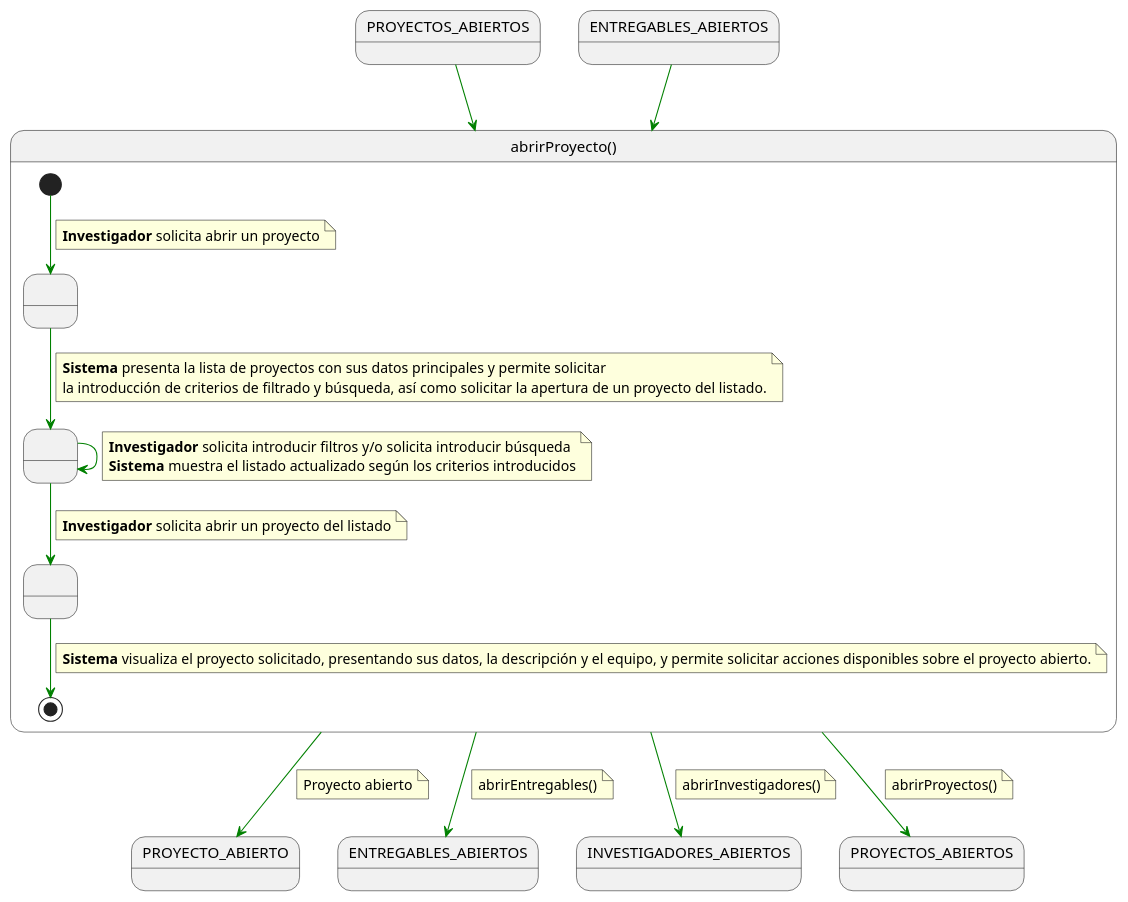
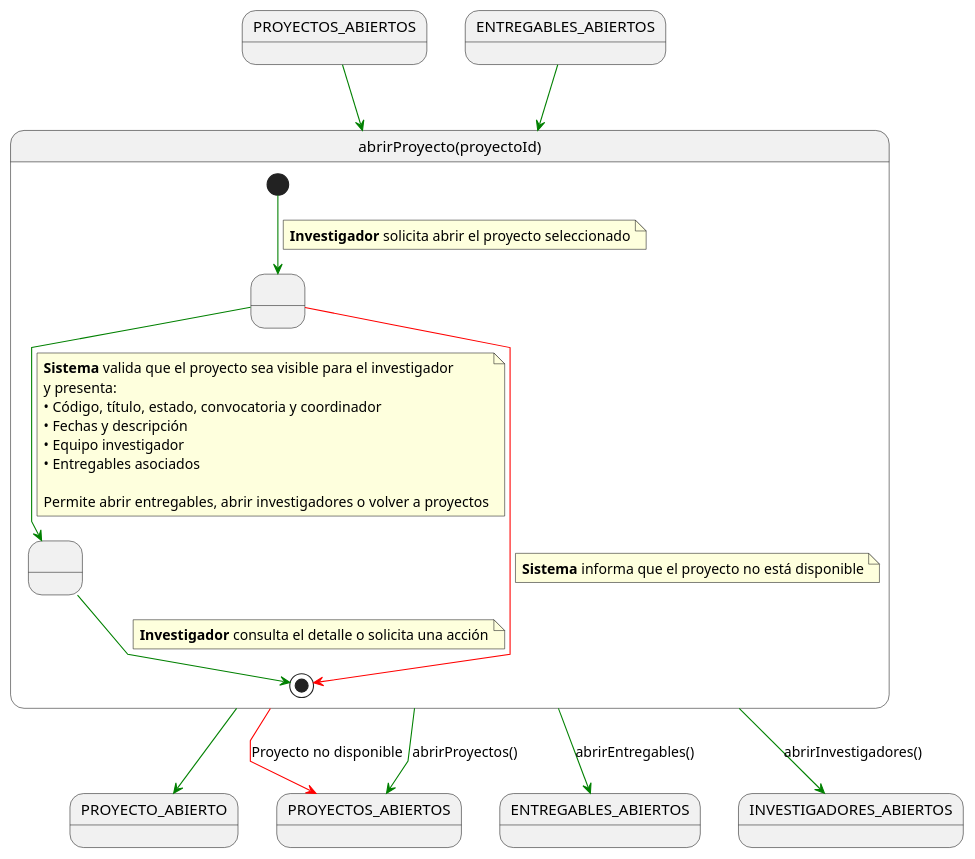
One commit to beatriizorozco/25-26-idsw2-sdVC changed the diagram in RUP/00-casos-uso/02-detalle/investigador/abrirProyecto/especificacion.puml. Above: the diagram before and after it, drawn with PlantUML. The commit also changed 38 other files, not shown here.

First line of the commit message:
docs(proyectos): completar detalle funcional del bloque 5

```diff
--- a/RUP/00-casos-uso/02-detalle/investigador/abrirProyecto/especificacion.puml
+++ b/RUP/00-casos-uso/02-detalle/investigador/abrirProyecto/especificacion.puml
@@ -1,65 +1,47 @@
 @startuml abrirProyecto
 skinparam linetype polyline
 
-state in1 as "PROYECTOS_ABIERTOS"
-in1 -[#green]-> abrirProyecto
+state proyectos as "PROYECTOS_ABIERTOS"
+state entregables as "ENTREGABLES_ABIERTOS"
+proyectos -[#green]-> abrirProyecto
+entregables -[#green]-> abrirProyecto
 
-state in2 as "ENTREGABLES_ABIERTOS"
-in2 -[#green]-> abrirProyecto
+state abrirProyecto as "abrirProyecto(proyectoId)" {
+    state " " as ValidandoParticipacion
+    state " " as PresentandoProyecto
 
-
-state abrirProyecto as "abrirProyecto()" {
-
-    state " " as MostrandoListaProyectos
-    state " " as FiltrandoBuscando
-    state " " as SolicitandoProyecto
-
-    [*] -[#green]-> MostrandoListaProyectos
+    [*] -[#green]-> ValidandoParticipacion
     note on link
-    <b>Investigador</b> solicita abrir un proyecto
+    <b>Investigador</b> solicita abrir el proyecto seleccionado
     end note
 
-    MostrandoListaProyectos -[#green]-> FiltrandoBuscando
+    ValidandoParticipacion -[#green]-> PresentandoProyecto
     note on link
-    <b>Sistema</b> presenta la lista de proyectos con sus datos principales y permite solicitar
-    la introducción de criterios de filtrado y búsqueda, así como solicitar la apertura de un proyecto del listado.
+    <b>Sistema</b> valida que el proyecto sea visible para el investigador
+    y presenta:
+    • Código, título, estado, convocatoria y coordinador
+    • Fechas y descripción
+    • Equipo investigador
+    • Entregables asociados
+
+    Permite abrir entregables, abrir investigadores o volver a proyectos
     end note
 
-    FiltrandoBuscando -[#green]-> FiltrandoBuscando
+    ValidandoParticipacion -[#red]-> [*]
     note on link
-    <b>Investigador</b> solicita introducir filtros y/o solicita introducir búsqueda
-    <b>Sistema</b> muestra el listado actualizado según los criterios introducidos
+    <b>Sistema</b> informa que el proyecto no está disponible
     end note
 
-    FiltrandoBuscando -[#green]-> SolicitandoProyecto
+    PresentandoProyecto -[#green]-> [*]
     note on link
-    <b>Investigador</b> solicita abrir un proyecto del listado
-    end note
-
-    SolicitandoProyecto -[#green]-> [*]
-    note on link
-    <b>Sistema</b> visualiza el proyecto solicitado, presentando sus datos, la descripción y el equipo, y permite solicitar acciones disponibles sobre el proyecto abierto.
+    <b>Investigador</b> consulta el detalle o solicita una acción
     end note
 }
 
 abrirProyecto -[#green]-> PROYECTO_ABIERTO
-note on link
-Proyecto abierto
-end note
-
-abrirProyecto -[#green]-> ENTREGABLES_ABIERTOS
-note on link
-abrirEntregables()
-end note
-
-abrirProyecto -[#green]-> INVESTIGADORES_ABIERTOS
-note on link
-abrirInvestigadores()
-end note
-
-abrirProyecto -[#green]-> PROYECTOS_ABIERTOS
-note on link
-abrirProyectos()
-end note
+abrirProyecto -[#red]-> PROYECTOS_ABIERTOS: Proyecto no disponible
+abrirProyecto -[#green]-> ENTREGABLES_ABIERTOS: abrirEntregables()
+abrirProyecto -[#green]-> INVESTIGADORES_ABIERTOS: abrirInvestigadores()
+abrirProyecto -[#green]-> PROYECTOS_ABIERTOS: abrirProyectos()
 
 @enduml
```
